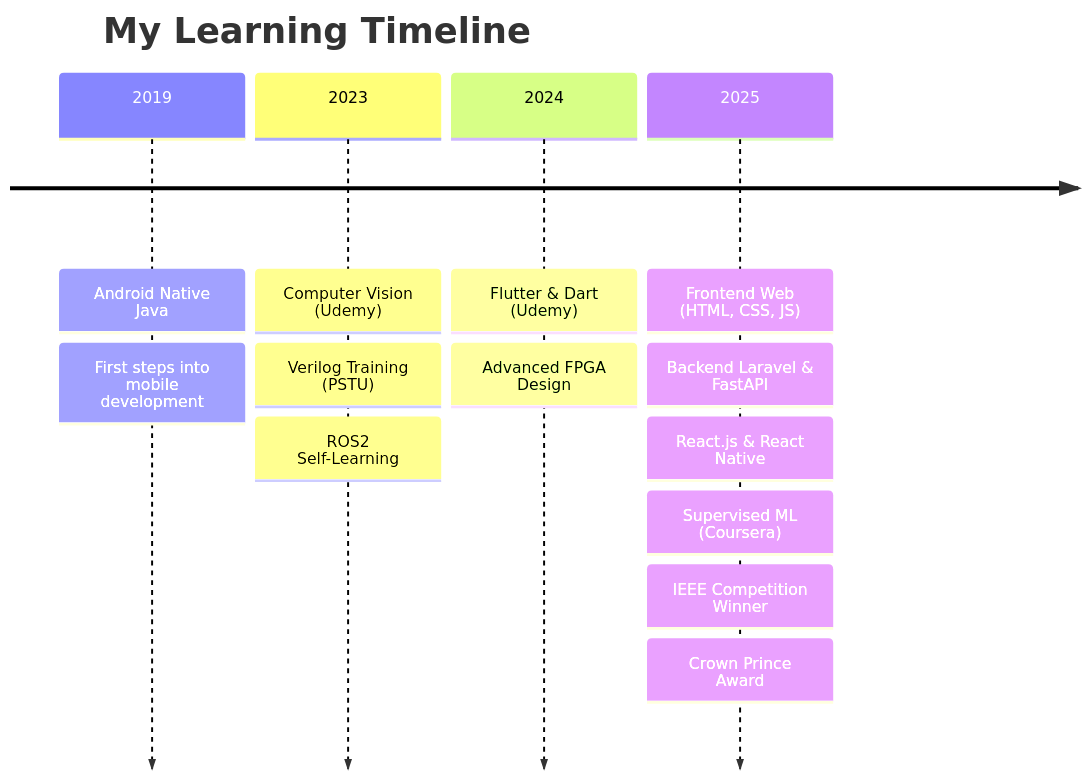
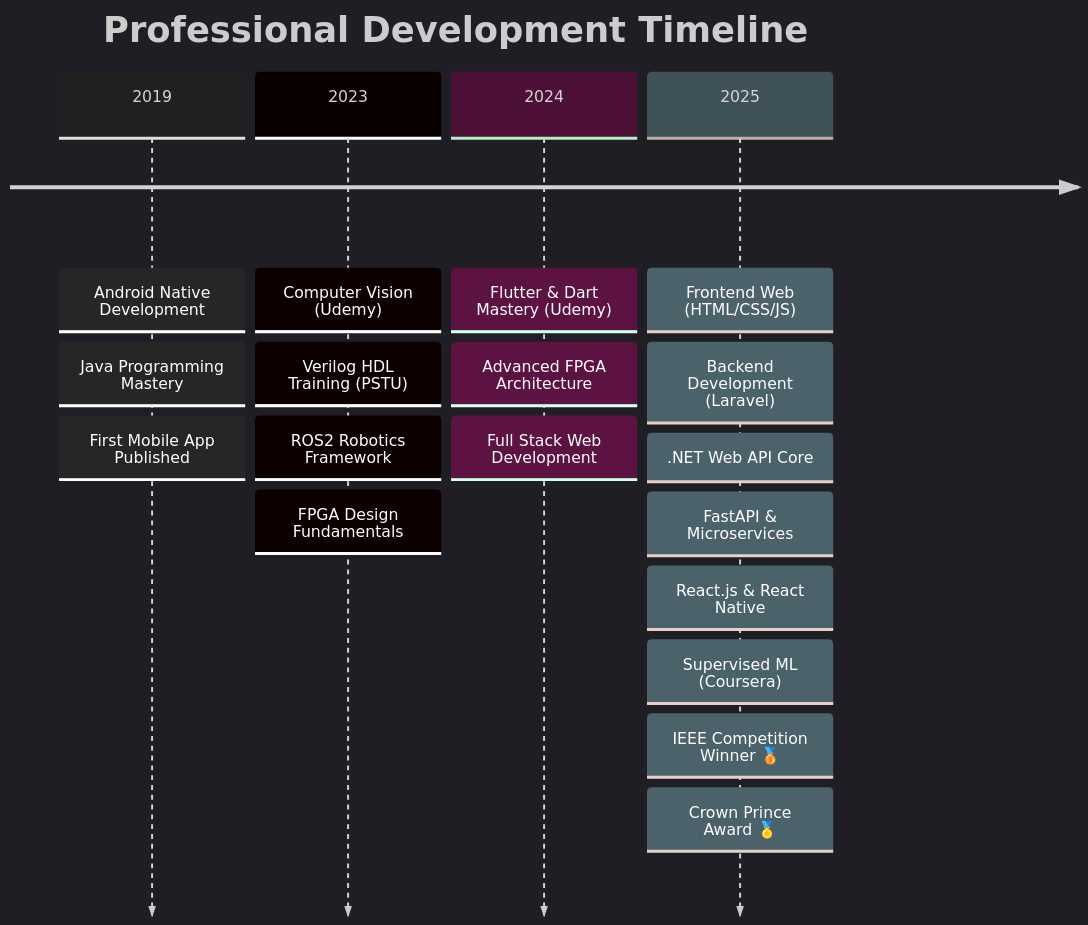
The diagram in README.md (odaiAltmrawe/odaiAltmrawe), drawn with Mermaid before and after one commit. The commit also changed other lines of this file, not shown here.

````diff
--- a/README.md
+++ b/README.md
@@ -495,21 +495,27 @@
 ```mermaid
+%%{init: {'theme':'dark'}}%%
 timeline
-    title My Learning Timeline
+    title Professional Development Timeline
     
-    2019 : Android Native Java
-         : First steps into mobile development
+    2019 : Android Native Development
+         : Java Programming Mastery
+         : First Mobile App Published
     
     2023 : Computer Vision (Udemy)
-         : Verilog Training (PSTU)  
-         : ROS2 Self-Learning
+         : Verilog HDL Training (PSTU)  
+         : ROS2 Robotics Framework
+         : FPGA Design Fundamentals
     
-    2024 : Flutter & Dart (Udemy)
-         : Advanced FPGA Design
+    2024 : Flutter & Dart Mastery (Udemy)
+         : Advanced FPGA Architecture
+         : Full Stack Web Development
     
-    2025 : Frontend Web (HTML, CSS, JS)
-         : Backend Laravel & FastAPI
+    2025 : Frontend Web (HTML/CSS/JS)
+         : Backend Development (Laravel)
+         : .NET Web API Core
+         : FastAPI & Microservices
          : React.js & React Native
          : Supervised ML (Coursera)
-         : IEEE Competition Winner
-         : Crown Prince Award
+         : IEEE Competition Winner 🥉
+         : Crown Prince Award 🏅
 ```
````
